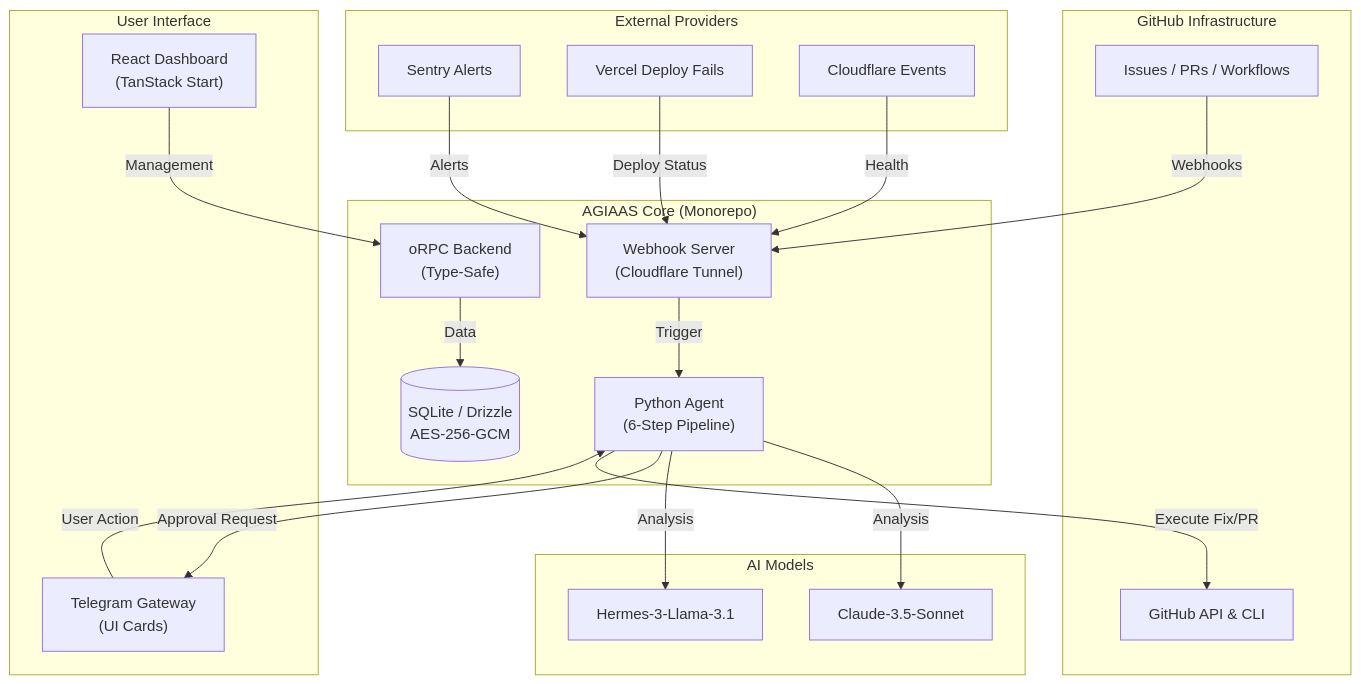
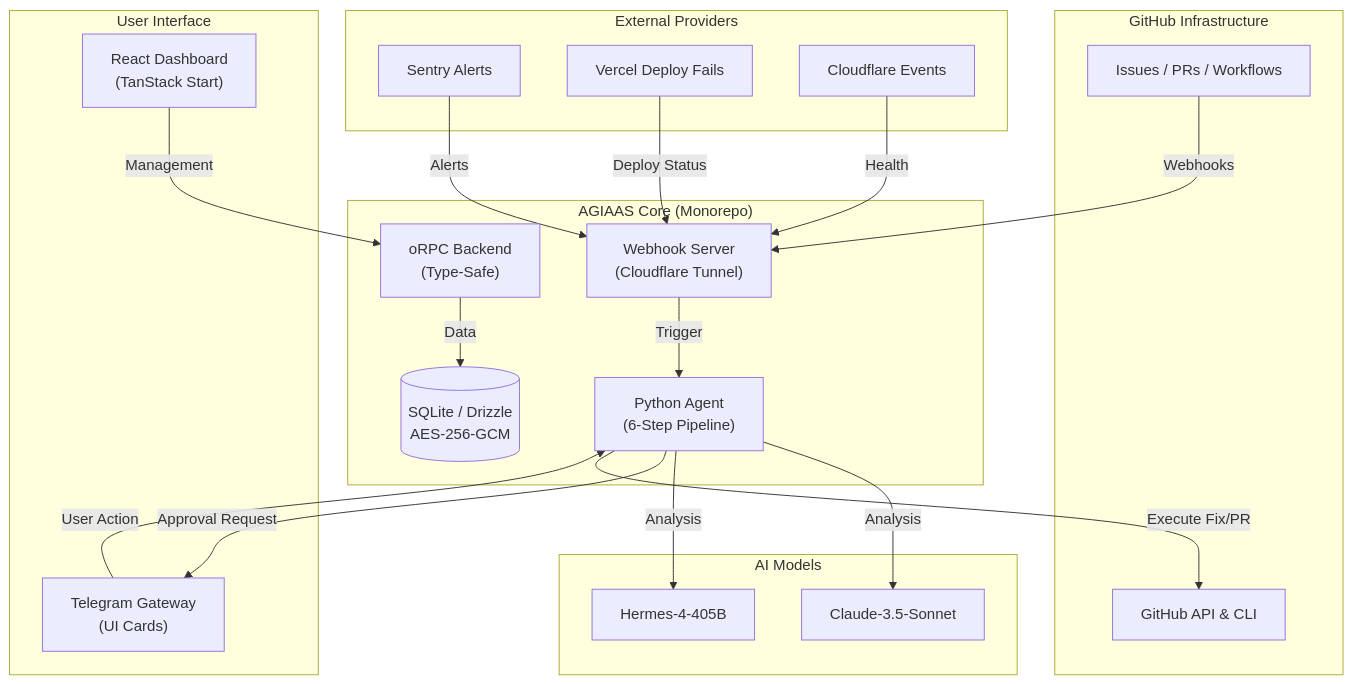
Before and after one commit to mehmetkr-31/agiaas: the diagram in README.md, drawn with Mermaid. The commit also changed other lines of this file and 5 other files, not shown here.

````diff
--- a/README.md
+++ b/README.md
@@ -85,43 +85,43 @@
 ```mermaid
 graph TD
     subgraph GitHub ["GitHub Infrastructure"]
         Events[Issues / PRs / Workflows]
         GH_API[GitHub API & CLI]
     end
 
     subgraph Providers ["External Providers"]
         Sentry[Sentry Alerts]
         Vercel[Vercel Deploy Fails]
         CF[Cloudflare Events]
     end
 
     subgraph Core ["AGIAAS Core (Monorepo)"]
         WS["Webhook Server\n(Cloudflare Tunnel)"]
         Agent["Python Agent\n(6-Step Pipeline)"]
         DB[(SQLite / Drizzle\nAES-256-GCM)]
         API["oRPC Backend\n(Type-Safe)"]
     end
 
     subgraph Interaction ["User Interface"]
         Web["React Dashboard\n(TanStack Start)"]
         Bot["Telegram Gateway\n(UI Cards)"]
     end
 
     subgraph AI ["AI Models"]
         Claude[Claude-3.5-Sonnet]
-        Hermes[Hermes-3-Llama-3.1]
+        Hermes[Hermes-4-405B]
     end
 
     Events -- "Webhooks" --> WS
     Sentry -- "Alerts" --> WS
     Vercel -- "Deploy Status" --> WS
     CF -- "Health" --> WS
     WS -- "Trigger" --> Agent
     Agent -- "Analysis" --> Claude
     Agent -- "Analysis" --> Hermes
     Agent -- "Approval Request" --> Bot
     Bot -- "User Action" --> Agent
     Agent -- "Execute Fix/PR" --> GH_API
     Web -- "Management" --> API
     API -- "Data" --> DB
 ```
````
